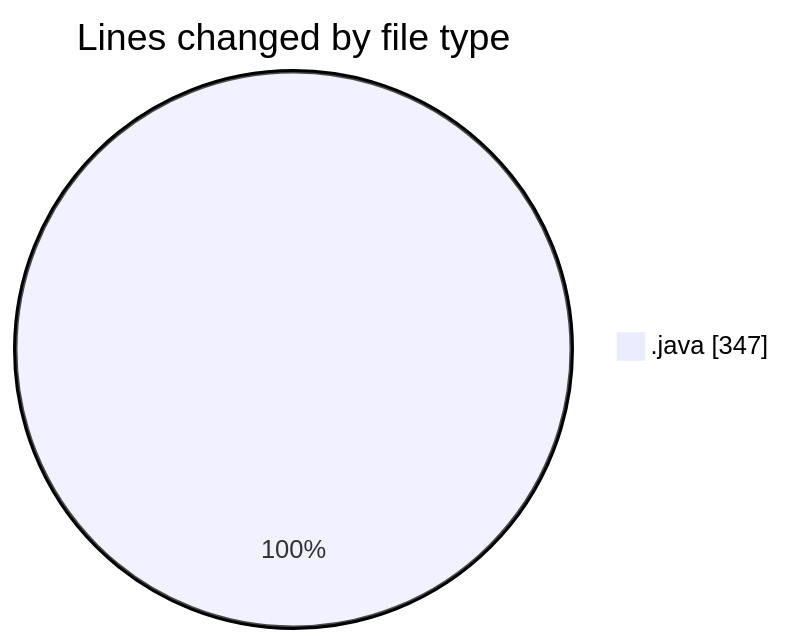
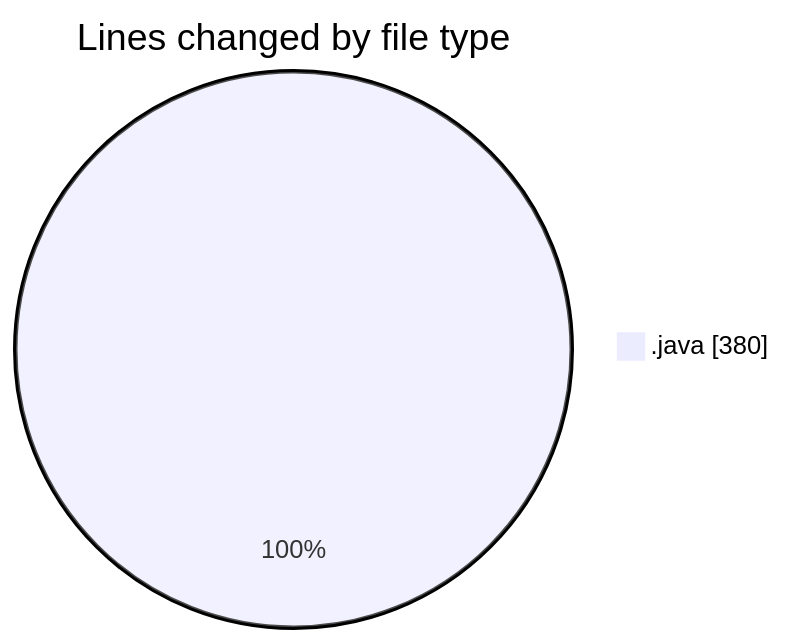
One commit to Elitesun/code-tracking changed the first of 2 diagrams in 2025-02-21/projet/README.md. Above: the diagram before and after it, drawn with Mermaid. The commit also changed other lines of this file and 1 other file, not shown here.

````diff
--- a/2025-02-21/projet/README.md
+++ b/2025-02-21/projet/README.md
@@ -23,5 +23,5 @@
 ```mermaid
 pie showData
 title Lines changed by file type
-".java" : 347
+".java" : 380
 ```
````
